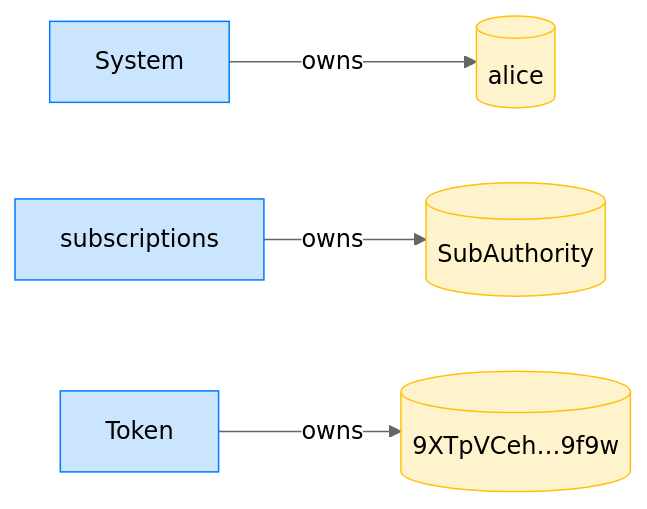
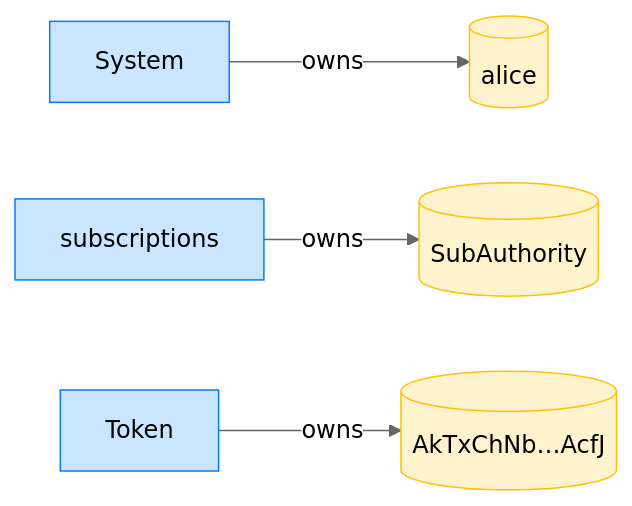
The fourth of 8 diagrams in dsl_tests/recurring-transfer-over-a-stale-version-delegation-is-refused.md (cds-rs/subscriptions), drawn with Mermaid (neutral theme) before and after one commit. The commit also changed other lines of this file and 224 other files, not shown here.

````diff
--- a/dsl_tests/recurring-transfer-over-a-stale-version-delegation-is-refused.md
+++ b/dsl_tests/recurring-transfer-over-a-stale-version-delegation-is-refused.md
@@ -73,14 +78,14 @@
 ```mermaid
 flowchart LR
     classDef owner fill:#cce5ff,stroke:#007bff;
     classDef account fill:#fff3cd,stroke:#ffc107;
     System[System]:::owner
     alice[(alice)]:::account
     subscriptions[subscriptions]:::owner
     SubAuthority[(SubAuthority)]:::account
     Token[Token]:::owner
-    9XTpVCeh_9f9w[("9XTpVCeh…9f9w")]:::account
+    AkTxChNb_AcfJ[("AkTxChNb…AcfJ")]:::account
     System -->|owns| alice
     subscriptions -->|owns| SubAuthority
-    Token -->|owns| 9XTpVCeh_9f9w
+    Token -->|owns| AkTxChNb_AcfJ
 ```
````
